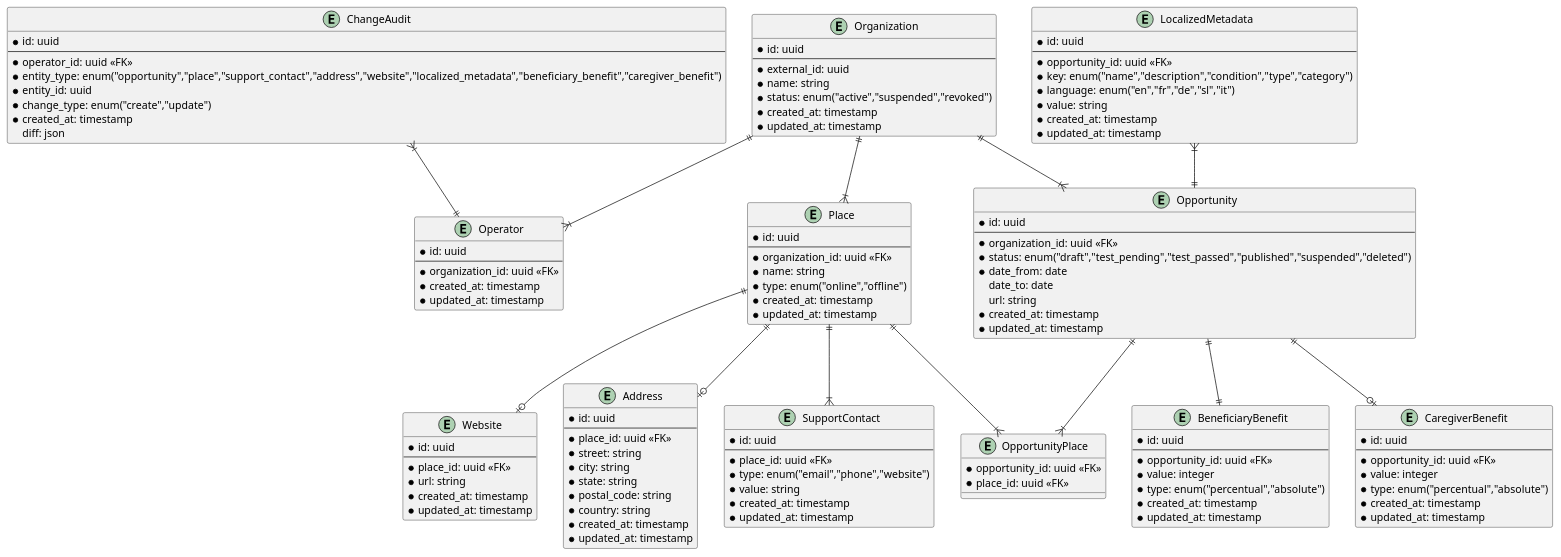
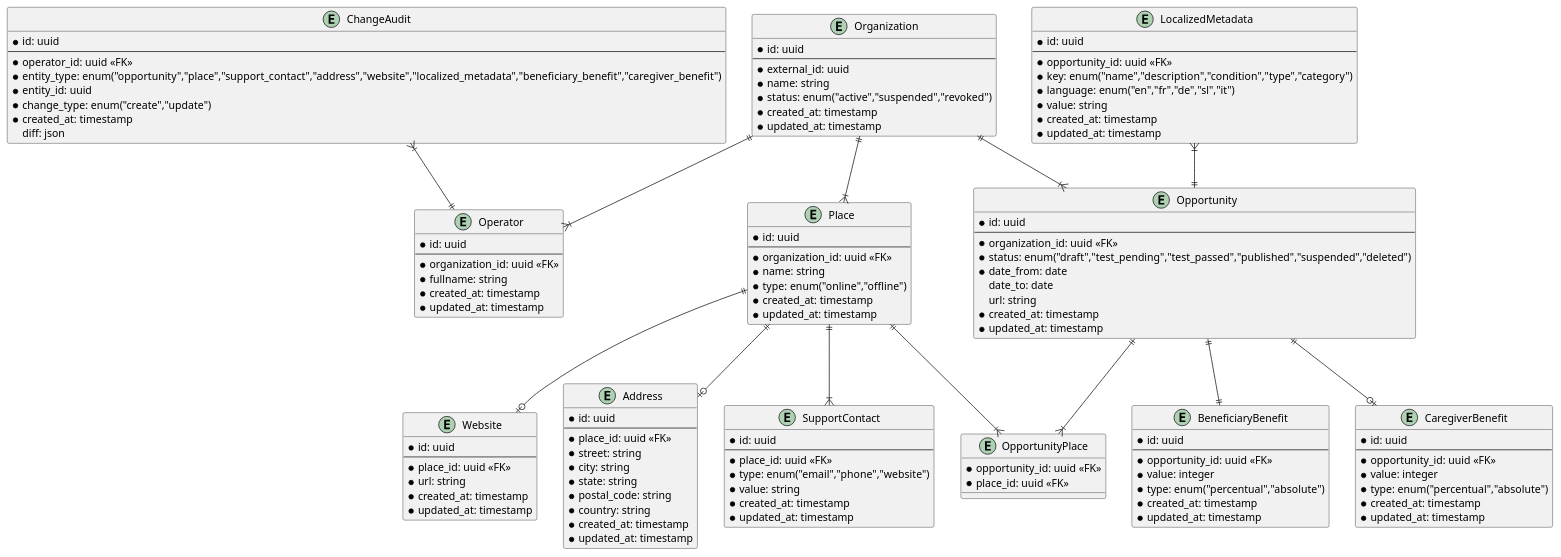
One commit to pagopa/io-growth changed the diagram in docs/backoffice/er.puml. Above: the diagram before and after it, drawn with PlantUML.

Commit message:
(doc): added field

```diff
--- a/docs/backoffice/er.puml
+++ b/docs/backoffice/er.puml
@@ -1,135 +1,136 @@
 @startuml ced_er_diagram
 
 entity Organization {
     * id: uuid
     --
     * external_id: uuid
     * name: string
     * status: enum("active","suspended","revoked")
     * created_at: timestamp
     * updated_at: timestamp
 }
 
 entity Operator {
     * id: uuid
     --
     * organization_id: uuid <<FK>>
+    * fullname: string
     * created_at: timestamp
     * updated_at: timestamp
 }
 
 entity Place {
     * id: uuid
     --
     * organization_id: uuid <<FK>>
     * name: string
     * type: enum("online","offline")
     * created_at: timestamp
     * updated_at: timestamp
 }
 
 entity Website {
     * id: uuid
     --
     * place_id: uuid <<FK>>
     * url: string
     * created_at: timestamp
     * updated_at: timestamp
 }
 
 entity Address {
     * id: uuid
     --
     * place_id: uuid <<FK>>
     * street: string
     * city: string
     * state: string
     * postal_code: string
     * country: string
     * created_at: timestamp
     * updated_at: timestamp
 }
 
 entity SupportContact {
     * id: uuid
     --
     * place_id: uuid <<FK>>
     * type: enum("email","phone","website")
     * value: string
     * created_at: timestamp
     * updated_at: timestamp
 }
 
 entity OpportunityPlace {
     * opportunity_id: uuid <<FK>>
     * place_id: uuid <<FK>>
 }
 
 entity Opportunity {
     * id: uuid
     --
     * organization_id: uuid <<FK>>
     * status: enum("draft","test_pending","test_passed","published","suspended","deleted")
     * date_from: date
     date_to: date
     url: string
     * created_at: timestamp
     * updated_at: timestamp
 }
 
 entity BeneficiaryBenefit {
     * id: uuid
     --
     * opportunity_id: uuid <<FK>>
     * value: integer
     * type: enum("percentual","absolute")
     * created_at: timestamp
     * updated_at: timestamp
 }
 
 entity CaregiverBenefit {
     * id: uuid
     --
     * opportunity_id: uuid <<FK>>
     * value: integer
     * type: enum("percentual","absolute")
     * created_at: timestamp
     * updated_at: timestamp
 }
 
 entity LocalizedMetadata {
     * id: uuid
     --
     * opportunity_id: uuid <<FK>>
     * key: enum("name","description","condition","type","category")
     * language: enum("en","fr","de","sl","it")
     * value: string
     * created_at: timestamp
     * updated_at: timestamp
 }
 
 entity ChangeAudit {
     * id: uuid
     --
     * operator_id: uuid <<FK>>
     * entity_type: enum("opportunity","place","support_contact","address","website","localized_metadata","beneficiary_benefit","caregiver_benefit")
     * entity_id: uuid
     * change_type: enum("create","update")
     * created_at: timestamp
     diff: json
 }
 
 ChangeAudit }|--|| Operator
 Organization ||--|{ Operator
 Organization ||--|{ Place
 Organization ||--|{ Opportunity
 Place ||--o| Address
 Place ||--o| Website
 Place ||--|{ SupportContact
 Place ||--|{ OpportunityPlace
 Opportunity ||--|{ OpportunityPlace
 LocalizedMetadata }|--|| Opportunity
 Opportunity ||--|| BeneficiaryBenefit
 Opportunity ||--o| CaregiverBenefit
 
 @enduml
```
